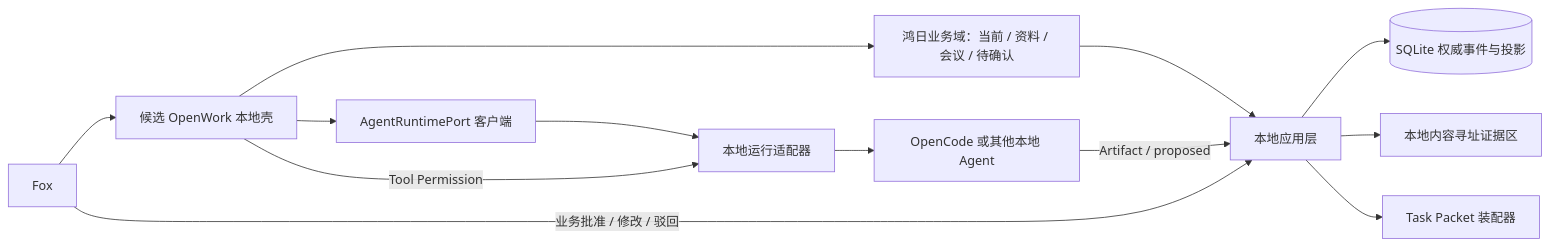
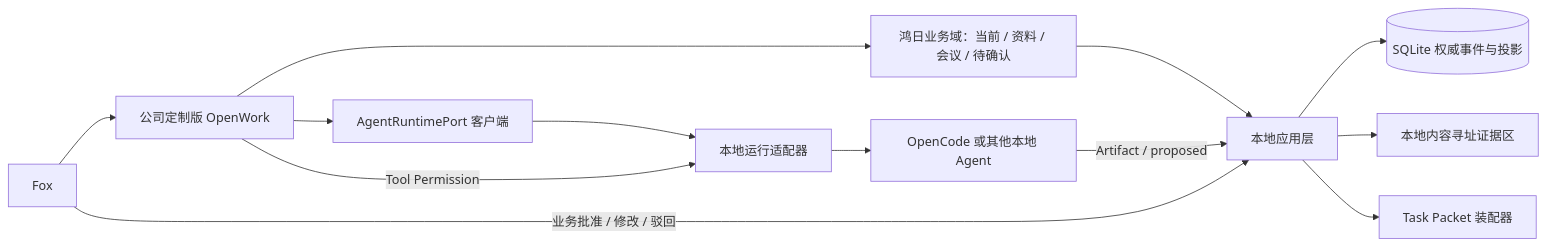
Before and after one commit to xingranya/fox: the second of 2 diagrams in docs/plan/openwork-deep-integration.md, drawn with Mermaid. The commit also changed other lines of this file and 35 other files, not shown here.

````diff
--- a/docs/plan/openwork-deep-integration.md
+++ b/docs/plan/openwork-deep-integration.md
@@ -65,17 +85,17 @@
 ```mermaid
 flowchart LR
-    FOX["Fox"] --> UI["候选 OpenWork 本地壳"]
+    FOX["Fox"] --> UI["公司定制版 OpenWork"]
     UI --> DOMAIN["鸿日业务域：当前 / 资料 / 会议 / 待确认"]
     DOMAIN --> APP["本地应用层"]
     APP --> DB[("SQLite 权威事件与投影")]
     APP --> EVIDENCE["本地内容寻址证据区"]
     APP --> PACKET["Task Packet 装配器"]
 
     UI --> ARP["AgentRuntimePort 客户端"]
     ARP --> LOCAL["本地运行适配器"]
     LOCAL --> OC["OpenCode 或其他本地 Agent"]
     OC -->|"Artifact / proposed"| APP
 
     UI -->|"Tool Permission"| LOCAL
     FOX -->|"业务批准 / 修改 / 驳回"| APP
 ```
````
